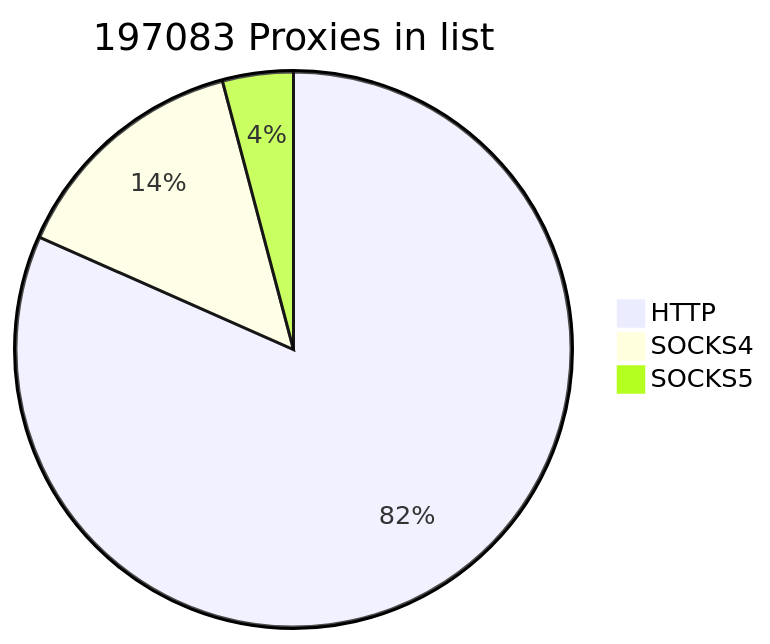
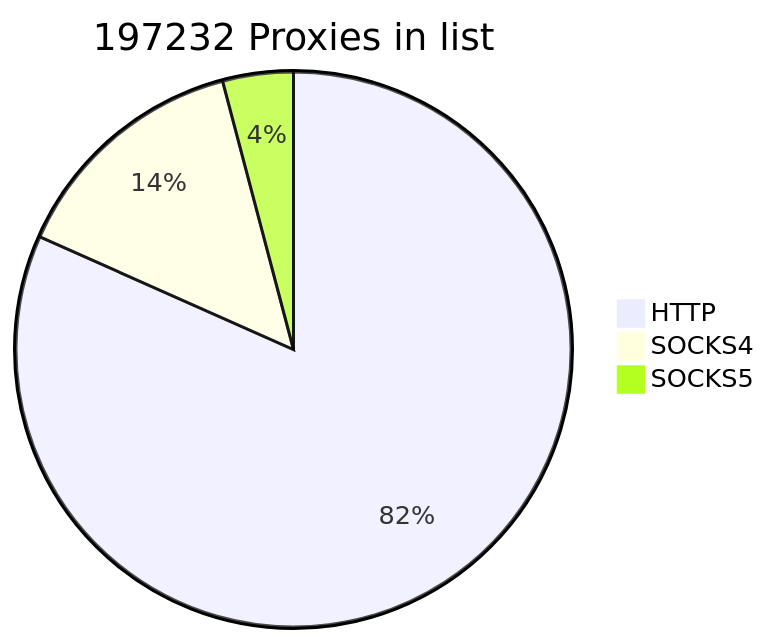
One commit to cutipu/proxylist changed the first of 2 diagrams in README.md. Above: the diagram before and after it, drawn with Mermaid. The commit also changed other lines of this file, not shown here.

````diff
--- a/README.md
+++ b/README.md
@@ -2,7 +2,7 @@
 ```mermaid
-pie title 197083 Proxies in list
-    "HTTP" : 160870
-    "SOCKS4" : 28095
-    "SOCKS5" : 8118
+pie title 197232 Proxies in list
+    "HTTP" : 161048
+    "SOCKS4" : 28078
+    "SOCKS5" : 8106
             
 ```
````
